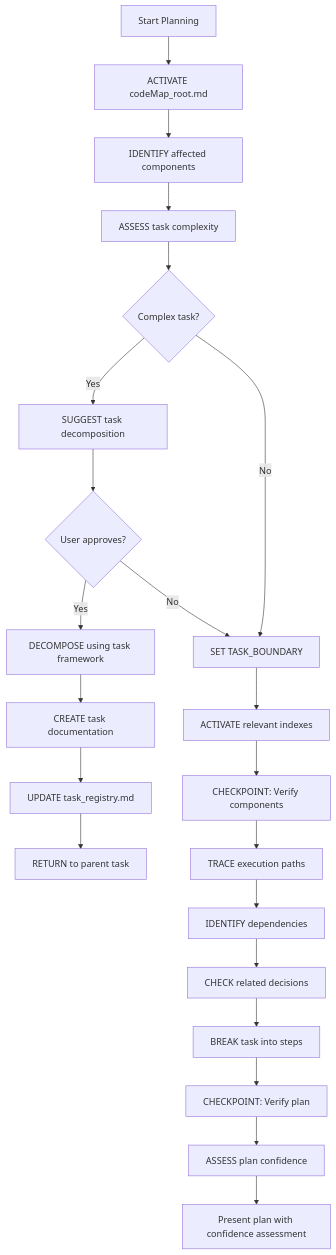
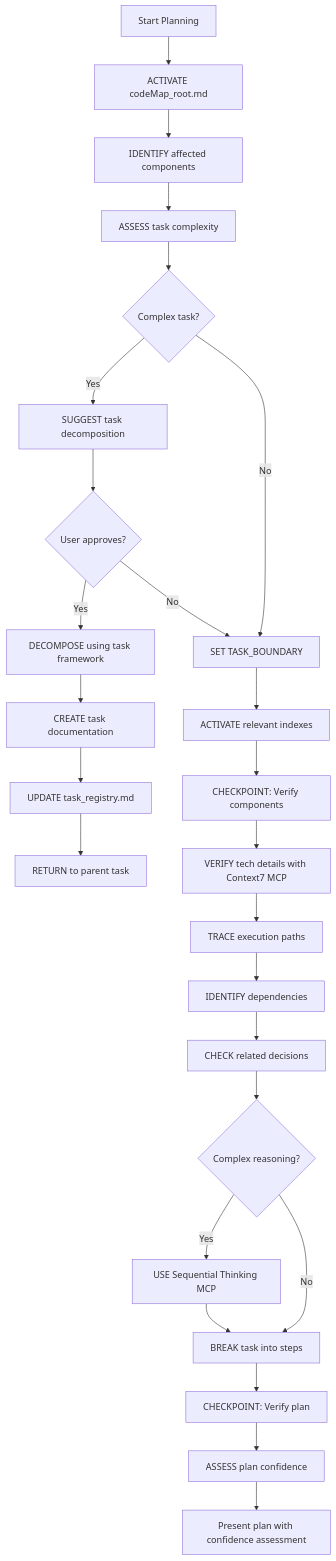
One commit to tejastechq/timezonepulse changed the third of 7 diagrams in .cursor/rules/custom-instructions.mdc. Above: the diagram before and after it, drawn with Mermaid. The commit also changed other lines of this file and 3 other files, not shown here.

````diff
--- a/.cursor/rules/custom-instructions.mdc
+++ b/.cursor/rules/custom-instructions.mdc
@@ -650,24 +722,28 @@
 ```mermaid
 flowchart TD
     Start[Start Planning] --> Activate[ACTIVATE codeMap_root.md]
     Activate --> Identify[IDENTIFY affected components]
     Identify --> Assess[ASSESS task complexity]
     Assess --> Complex{Complex task?}
     Complex -->|Yes| Suggest[SUGGEST task decomposition]
     Complex -->|No| Standard[SET TASK_BOUNDARY]
     Suggest --> UserDecision{User approves?}
     UserDecision -->|Yes| Decompose[DECOMPOSE using task framework]
     UserDecision -->|No| Standard
     Standard --> LoadIndex[ACTIVATE relevant indexes]
     Decompose --> CreateTask[CREATE task documentation]
     CreateTask --> RegisterTask[UPDATE task_registry.md]
     RegisterTask --> Return[RETURN to parent task]
     LoadIndex --> Checkpoint1[CHECKPOINT: Verify components]
-    Checkpoint1 --> TraceFlow[TRACE execution paths]
+    Checkpoint1 --> TechVerify[VERIFY tech details with Context7 MCP]
+    TechVerify --> TraceFlow[TRACE execution paths]
     TraceFlow --> IdentifyDeps[IDENTIFY dependencies]
     IdentifyDeps --> CheckDecisions[CHECK related decisions]
-    CheckDecisions --> BreakTask[BREAK task into steps]
+    CheckDecisions --> ComplexReason{Complex reasoning?}
+    ComplexReason -->|Yes| SeqThink[USE Sequential Thinking MCP]
+    ComplexReason -->|No| BreakTask[BREAK task into steps]
+    SeqThink --> BreakTask
     BreakTask --> Checkpoint2[CHECKPOINT: Verify plan]
     Checkpoint2 --> AssessConfidence[ASSESS plan confidence]
     AssessConfidence --> FormStrategy[Present plan with confidence assessment]
 ```
````
